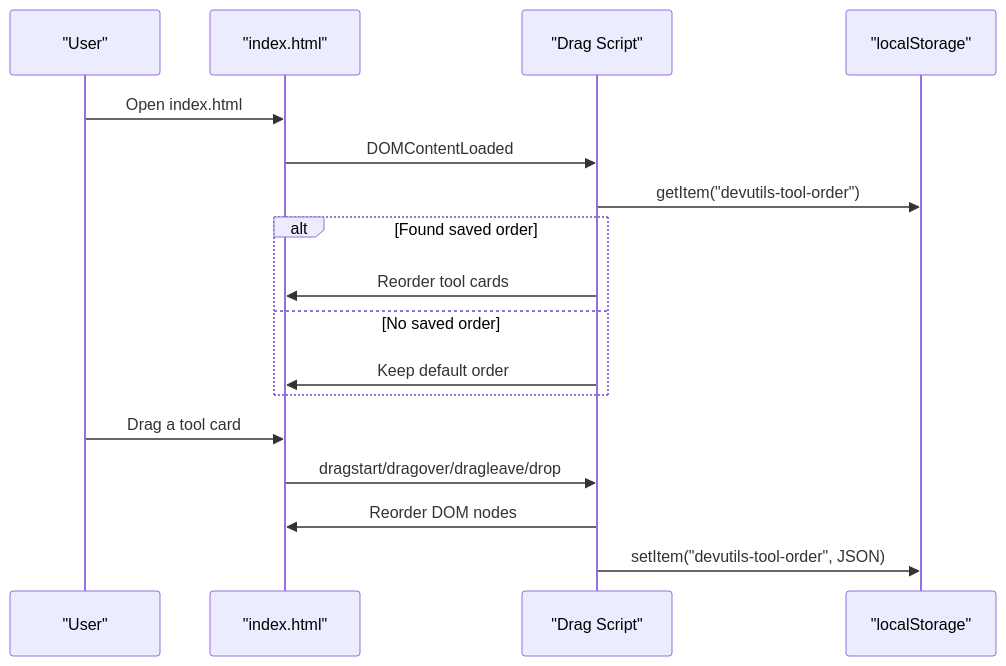
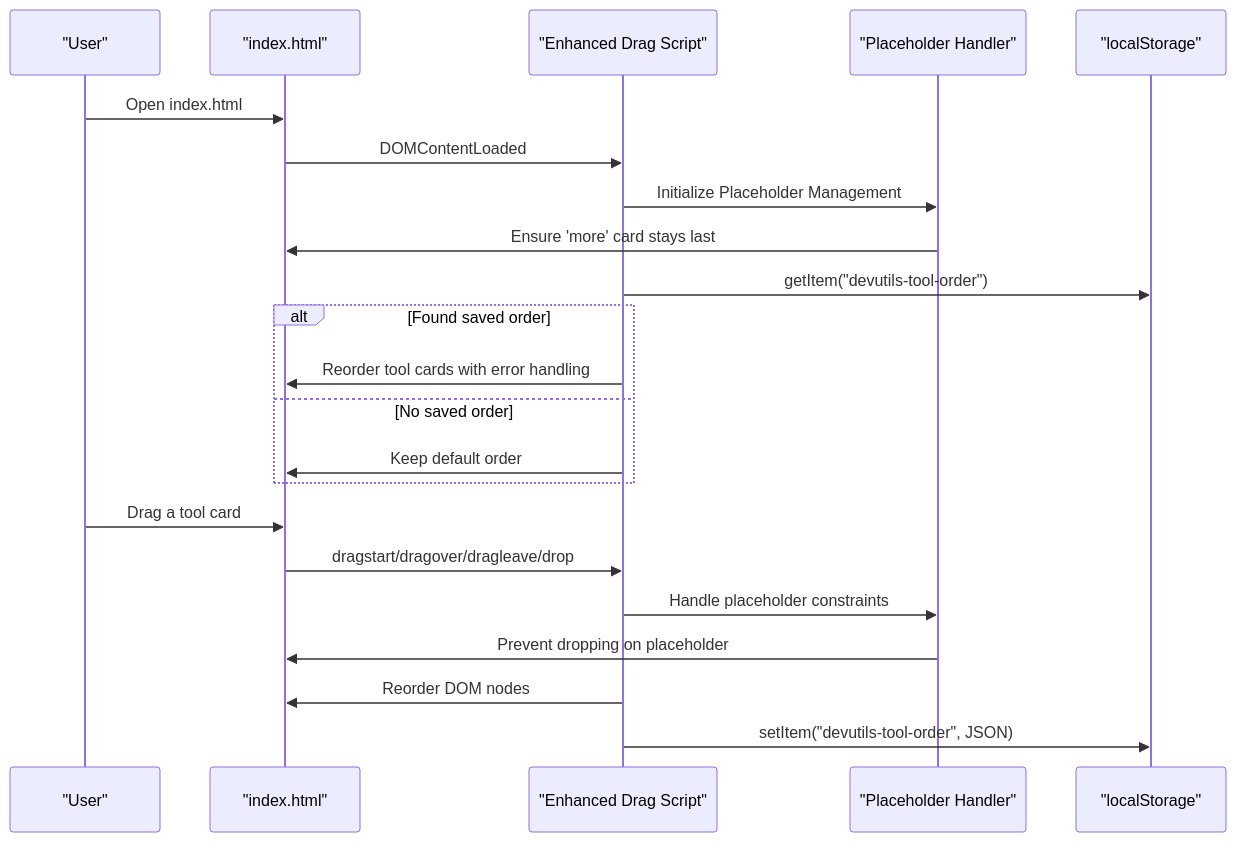
The third of 7 diagrams in .qoder/repowiki/en/content/Core Architecture/Modular Tool Design Patterns.md (escaleraalcielo/developer-utilities), drawn with Mermaid before and after one commit. The commit also changed other lines of this file and 3 other files, not shown here.

````diff
--- a/.qoder/repowiki/en/content/Core Architecture/Modular Tool Design Patterns.md
+++ b/.qoder/repowiki/en/content/Core Architecture/Modular Tool Design Patterns.md
@@ -173,19 +184,24 @@
 ```mermaid
 sequenceDiagram
 participant U as "User"
 participant DOM as "index.html"
-participant DD as "Drag Script"
+participant DD as "Enhanced Drag Script"
+participant PH as "Placeholder Handler"
 participant LS as "localStorage"
 U->>DOM : Open index.html
 DOM->>DD : DOMContentLoaded
+DD->>PH : Initialize Placeholder Management
+PH->>DOM : Ensure 'more' card stays last
 DD->>LS : getItem("devutils-tool-order")
 alt Found saved order
-DD->>DOM : Reorder tool cards
+DD->>DOM : Reorder tool cards with error handling
 else No saved order
 DD->>DOM : Keep default order
 end
 U->>DOM : Drag a tool card
 DOM->>DD : dragstart/dragover/dragleave/drop
+DD->>PH : Handle placeholder constraints
+PH->>DOM : Prevent dropping on placeholder
 DD->>DOM : Reorder DOM nodes
 DD->>LS : setItem("devutils-tool-order", JSON)
 ```
````
